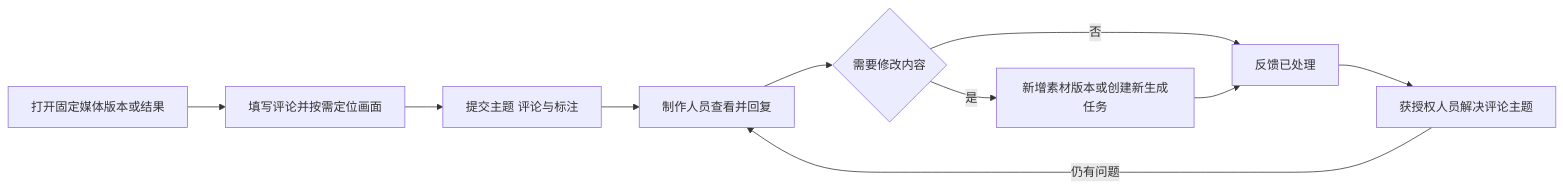
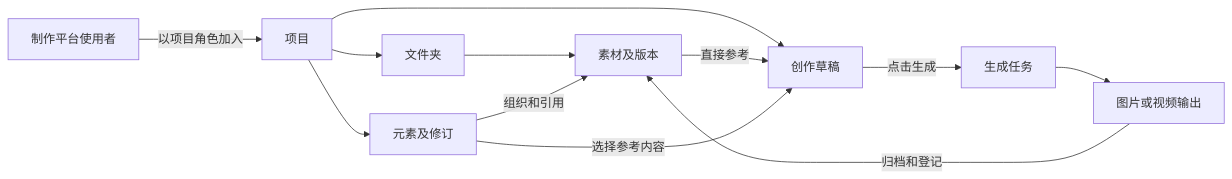
The first of 2 diagrams in docs/AI图片与视频制作平台PRD-全流程版.md (pleasureswx123/higgsfield), drawn with Mermaid before and after one commit. The commit also changed other lines of this file and 72 other files, not shown here.

````diff
--- a/docs/AI图片与视频制作平台PRD-全流程版.md
+++ b/docs/AI图片与视频制作平台PRD-全流程版.md
@@ -304,12 +67,14 @@
 ```mermaid
 flowchart LR
-    A[打开固定媒体版本或结果] --> B[填写评论并按需定位画面]
-    B --> C[提交主题 评论与标注]
-    C --> D[制作人员查看并回复]
-    D --> E{需要修改内容}
-    E -->|是| F[新增素材版本或创建新生成任务]
-    E -->|否| G[反馈已处理]
-    F --> G
-    G --> H[获授权人员解决评论主题]
-    H -->|仍有问题| D
+  U[制作平台使用者] -->|以项目角色加入| P[项目]
+  P --> F[文件夹]
+  F --> A[素材及版本]
+  P --> E[元素及修订]
+  E -->|组织和引用| A
+  P --> D[创作草稿]
+  D -->|点击生成| J[生成任务]
+  J --> O[图片或视频输出]
+  O -->|归档和登记| A
+  A -->|直接参考| D
+  E -->|选择参考内容| D
 ```
````
